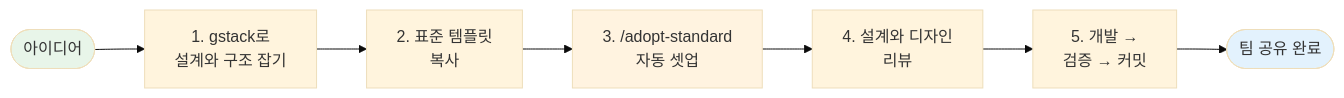
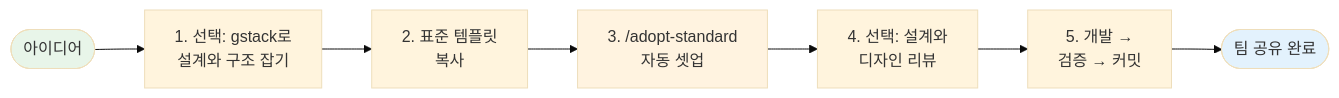
The diagram in START-HERE.md (airiss-sw-team/claude-code-standard), drawn with Mermaid (base theme) before and after one commit. The commit also changed other lines of this file and 14 other files, not shown here.

````diff
--- a/START-HERE.md
+++ b/START-HERE.md
@@ -12,12 +12,12 @@
 ```mermaid
 flowchart LR
-    A([아이디어]) --> B[1. gstack로<br/>설계와 구조 잡기]
+    A([아이디어]) --> B[1. 선택: gstack로<br/>설계와 구조 잡기]
     B --> C[2. 표준 템플릿<br/>복사]
     C --> D[3. /adopt-standard<br/>자동 셋업]
-    D --> E[4. 설계와 디자인<br/>리뷰]
+    D --> E[4. 선택: 설계와<br/>디자인 리뷰]
     E --> F[5. 개발 →<br/>검증 → 커밋]
     F --> G([팀 공유 완료])
     style A fill:#e8f5e9
     style G fill:#e3f2fd
     style D fill:#fff3e0
 ```
````
